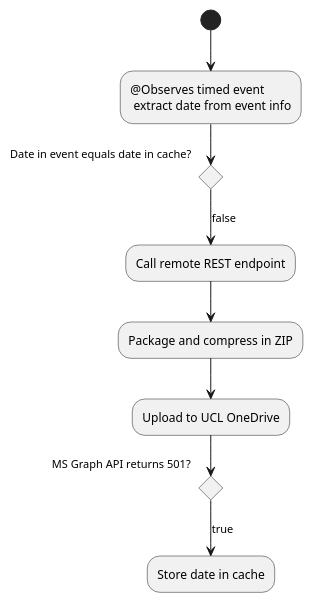
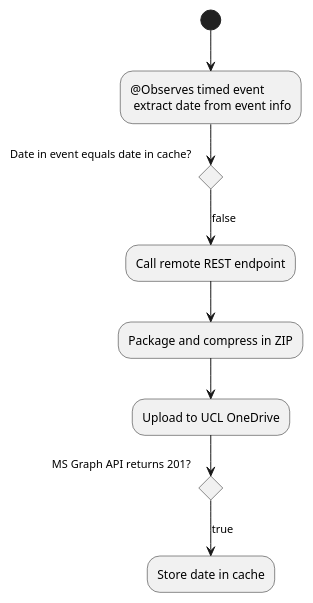
The second of 3 diagrams in src/main/asciidoc/index.adoc (UCL/wsclient-cloudstore-poc), drawn with PlantUML before and after one commit. The commit also changed other lines of this file and 4 other files, not shown here.

```diff
--- a/src/main/asciidoc/index.adoc
+++ b/src/main/asciidoc/index.adoc
@@ -164,11 +187,11 @@
 [plantuml, control-iterations, svg]
 ....
 (*) --> "@Observes timed event\n extract date from event info"
 if "Date in event equals date in cache?" then
 --> [false] "Call remote REST endpoint"
 --> "Package and compress in ZIP"
 --> "Upload to UCL OneDrive"
-if "MS Graph API returns 501?" then
+if "MS Graph API returns 201?" then
 --> [true] "Store date in cache"
 endif
 ....
```
